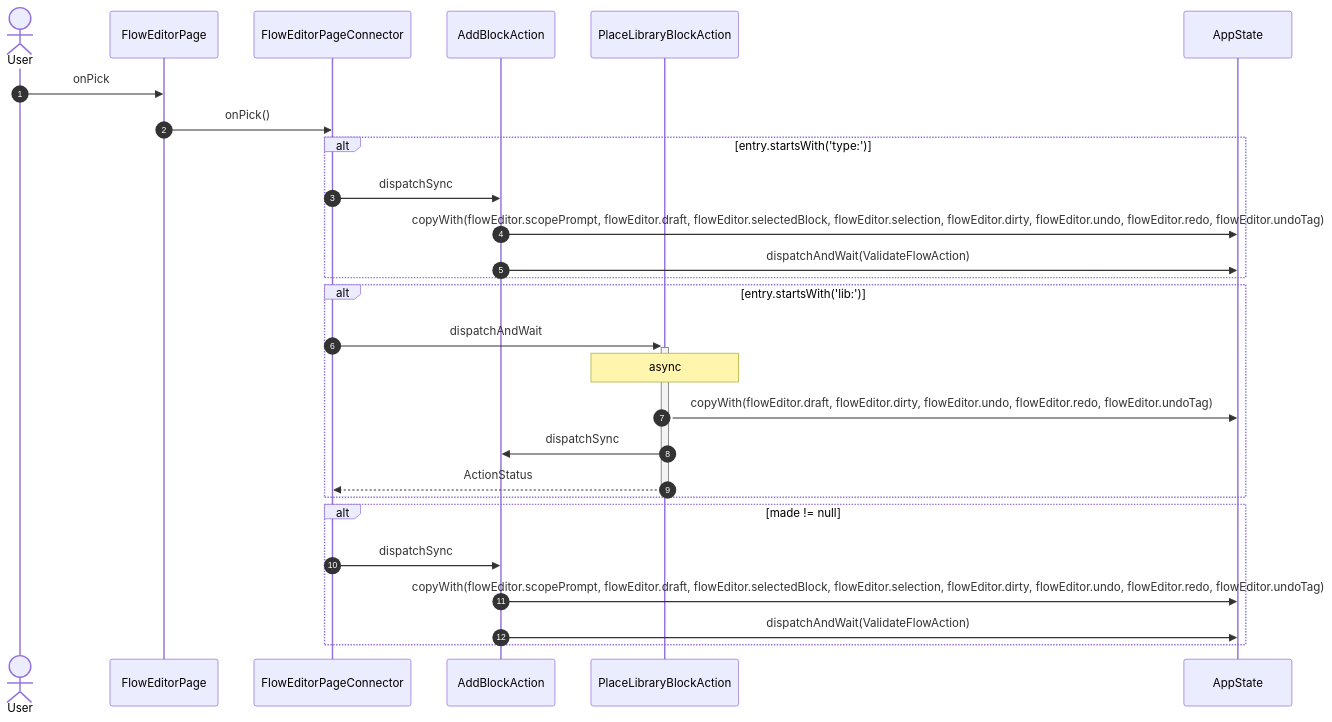
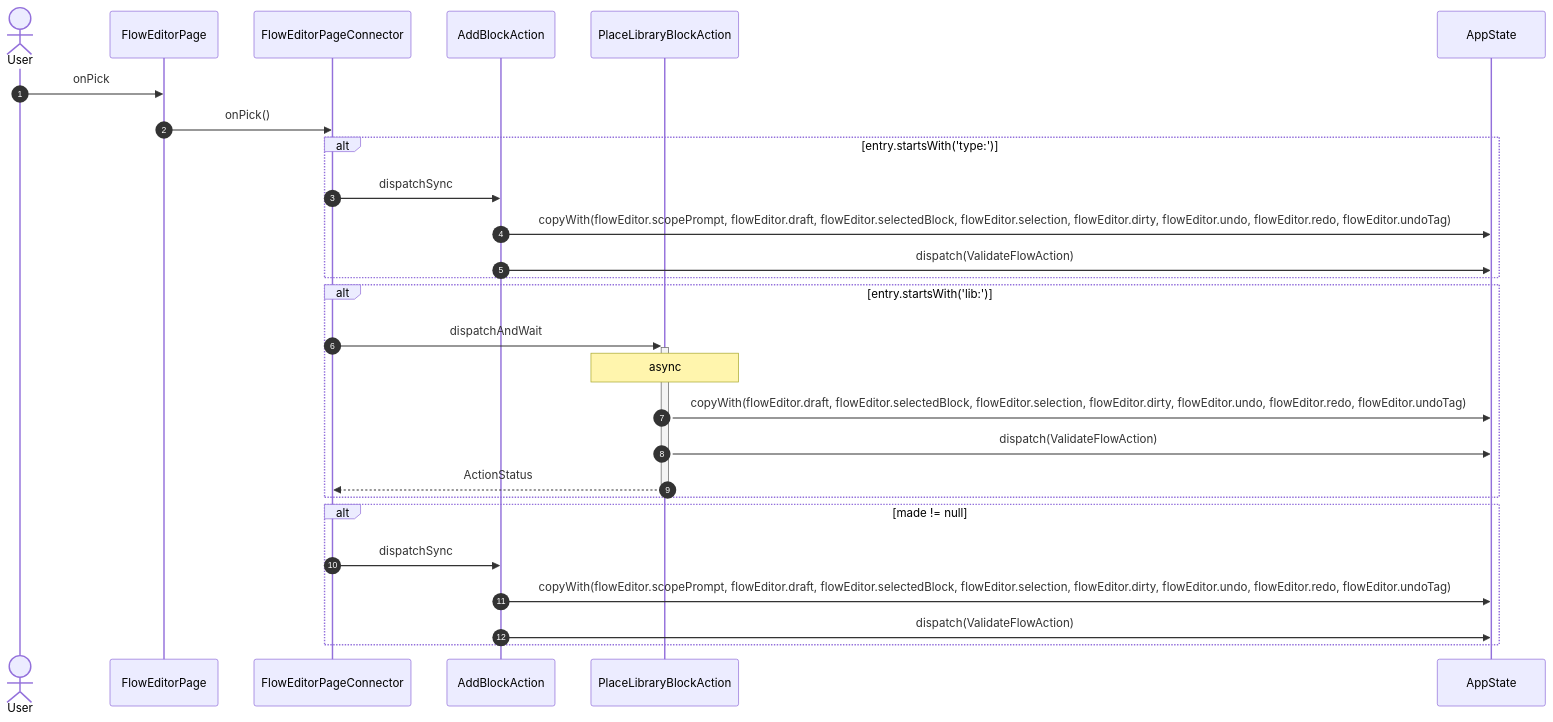
One commit to gencto/wyrm changed diagram 20 of 42 in studio/docs/flows/flowEditor.md. Above: the diagram before and after it, drawn with Mermaid. The commit also changed other lines of this file and 61 other files, not shown here.

First line of the commit message:
studio: flow editor: typed editor state, field ids and actions without unawaited

````diff
--- a/studio/docs/flows/flowEditor.md
+++ b/studio/docs/flows/flowEditor.md
@@ -400,30 +401,30 @@
 ```mermaid
 sequenceDiagram
     autonumber
     actor User
     participant UI as FlowEditorPage
     participant VM as FlowEditorPageConnector
     participant A1 as AddBlockAction
     participant A2 as PlaceLibraryBlockAction
     participant ST as AppState
 
     User->>UI: onPick
     UI->>VM: onPick()
     alt entry.startsWith('type:')
         VM->>A1: dispatchSync
         A1->>ST: copyWith(flowEditor.scopePrompt, flowEditor.draft, flowEditor.selectedBlock, flowEditor.selection, flowEditor.dirty, flowEditor.undo, flowEditor.redo, flowEditor.undoTag)
-        A1->>ST: dispatchAndWait(ValidateFlowAction)
+        A1->>ST: dispatch(ValidateFlowAction)
     end
     alt entry.startsWith('lib:')
         VM->>+A2: dispatchAndWait
         Note over A2: async
-        A2->>ST: copyWith(flowEditor.draft, flowEditor.dirty, flowEditor.undo, flowEditor.redo, flowEditor.undoTag)
-        A2->>A1: dispatchSync
+        A2->>ST: copyWith(flowEditor.draft, flowEditor.selectedBlock, flowEditor.selection, flowEditor.dirty, flowEditor.undo, flowEditor.redo, flowEditor.undoTag)
+        A2->>ST: dispatch(ValidateFlowAction)
         A2-->>-VM: ActionStatus
     end
     alt made != null
         VM->>A1: dispatchSync
         A1->>ST: copyWith(flowEditor.scopePrompt, flowEditor.draft, flowEditor.selectedBlock, flowEditor.selection, flowEditor.dirty, flowEditor.undo, flowEditor.redo, flowEditor.undoTag)
-        A1->>ST: dispatchAndWait(ValidateFlowAction)
+        A1->>ST: dispatch(ValidateFlowAction)
     end
 ```
````
